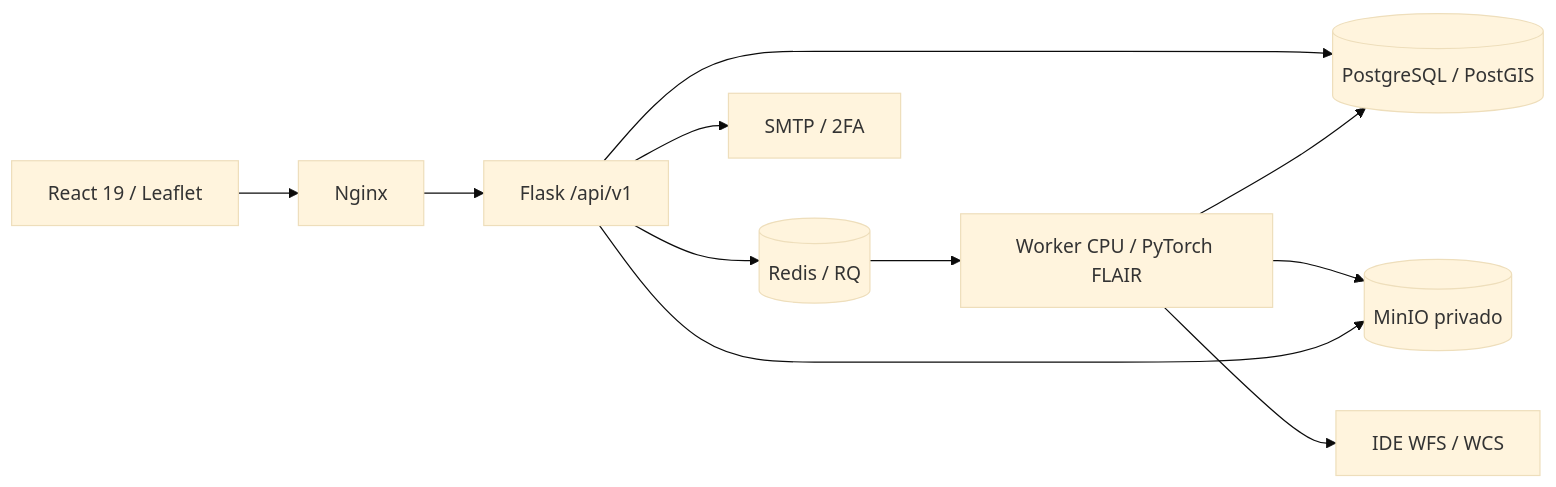
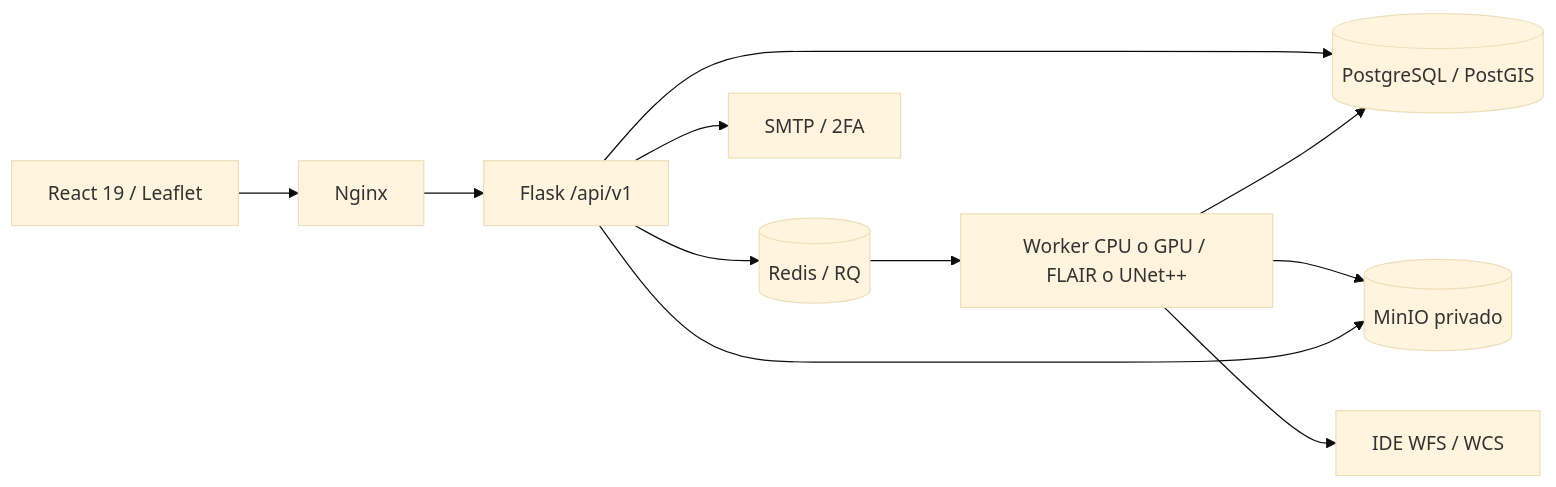
Before and after one commit to NebyX1/geo-padrones-detector-ia-construcciones: the diagram in README.md, drawn with Mermaid (base theme). The commit also changed other lines of this file and 80 other files, not shown here.

````diff
--- a/README.md
+++ b/README.md
@@ -42,13 +21,13 @@
 ```mermaid
 flowchart LR
   UI[React 19 / Leaflet] --> Nginx
   Nginx --> API[Flask /api/v1]
   API --> PG[(PostgreSQL / PostGIS)]
   API --> RQ[(Redis / RQ)]
-  RQ --> W[Worker CPU / PyTorch FLAIR]
+  RQ --> W[Worker CPU o GPU / FLAIR o UNet++]
   W --> PG
   W --> S3[(MinIO privado)]
   W --> IDE[IDE WFS / WCS]
   API --> S3
   API --> SMTP[SMTP / 2FA]
 ```
````
